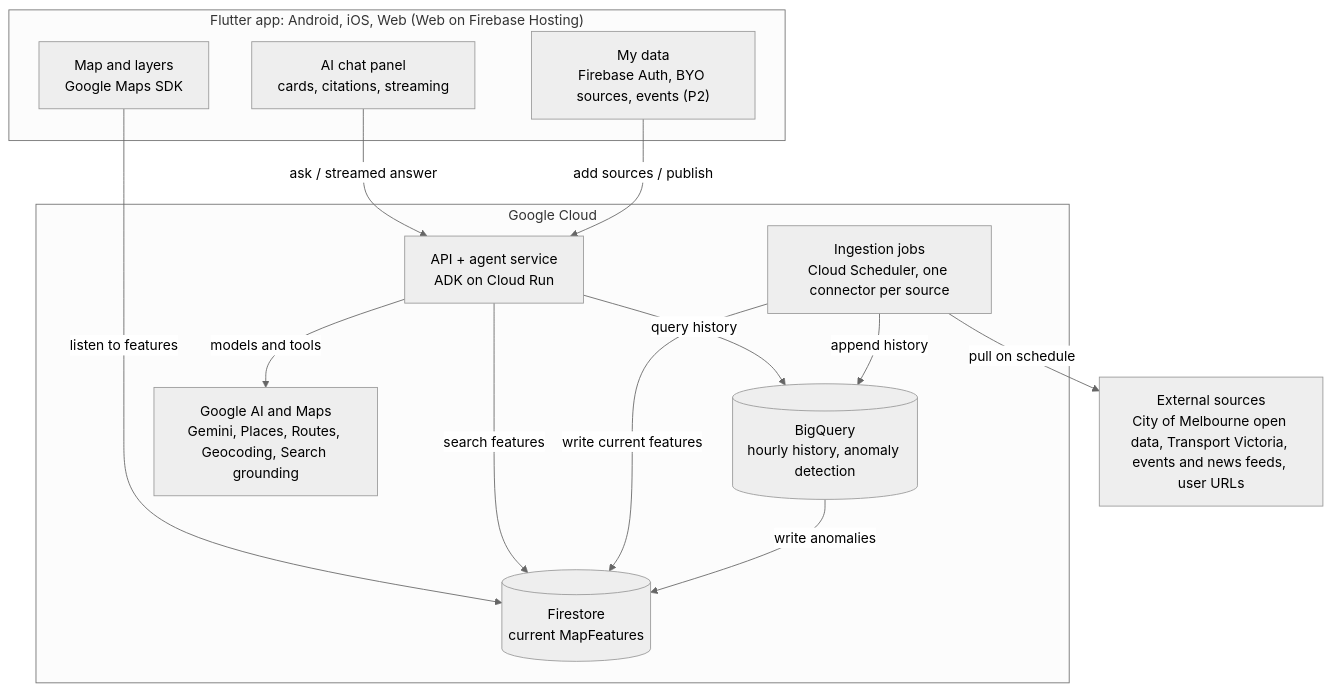
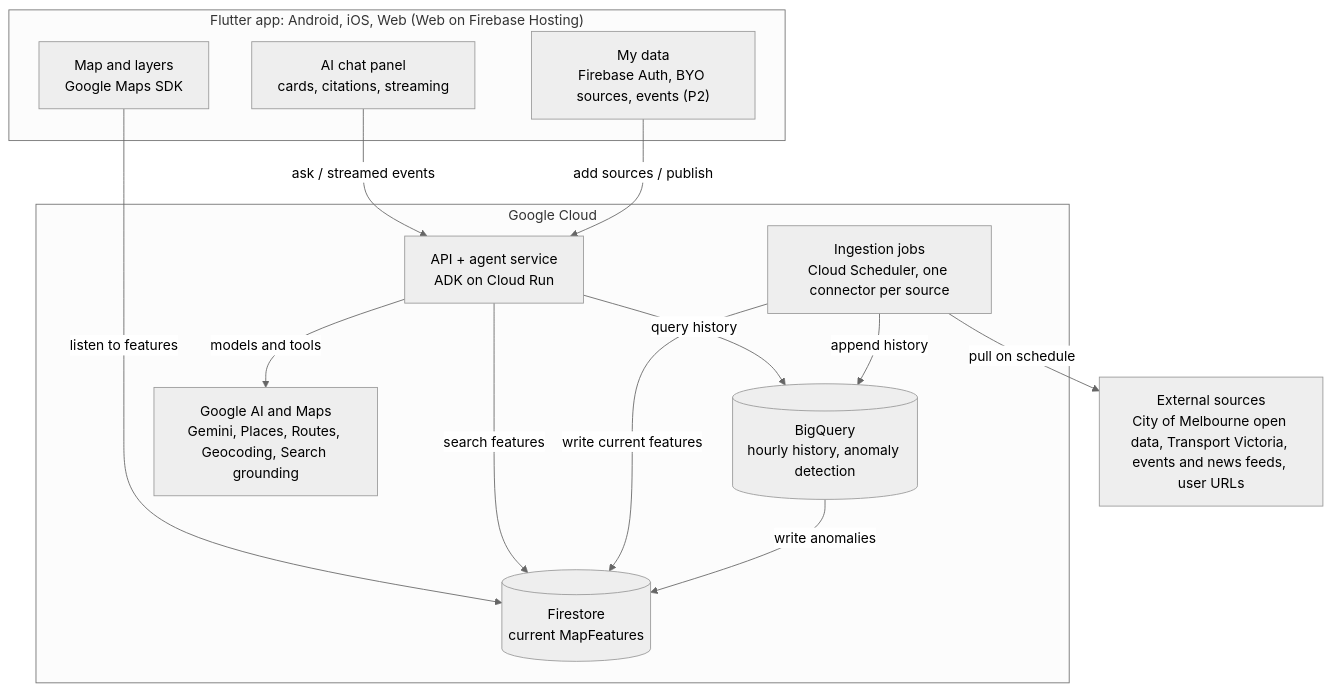
One commit to at2am/melens changed the diagram in system-design/architecture.md. Above: the diagram before and after it, drawn with Mermaid (neutral theme). The commit also changed 8 other files, not shown here.

````diff
--- a/system-design/architecture.md
+++ b/system-design/architecture.md
@@ -9,29 +9,29 @@
 ```mermaid
 flowchart TB
   subgraph Client["Flutter app: Android, iOS, Web (Web on Firebase Hosting)"]
     Map["Map and layers<br/>Google Maps SDK"]
     Chat["AI chat panel<br/>cards, citations, streaming"]
     Mine["My data<br/>Firebase Auth, BYO sources, events (P2)"]
   end
 
   subgraph GCP["Google Cloud"]
     FS[("Firestore<br/>current MapFeatures")]
     Agent["API + agent service<br/>ADK on Cloud Run"]
     Jobs["Ingestion jobs<br/>Cloud Scheduler, one connector per source"]
     BQ[("BigQuery<br/>hourly history, anomaly detection")]
     AI["Google AI and Maps<br/>Gemini, Places, Routes, Geocoding, Search grounding"]
   end
 
   Src["External sources<br/>City of Melbourne open data, Transport Victoria, events and news feeds, user URLs"]
 
   Map -- "listen to features" --> FS
-  Chat -- "ask / streamed answer" --> Agent
+  Chat -- "ask / streamed events" --> Agent
   Mine -- "add sources / publish" --> Agent
   Agent -- "search features" --> FS
   Agent -- "query history" --> BQ
   Agent -- "models and tools" --> AI
   Jobs -- "pull on schedule" --> Src
   Jobs -- "write current features" --> FS
   Jobs -- "append history" --> BQ
   BQ -- "write anomalies" --> FS
 ```
````
